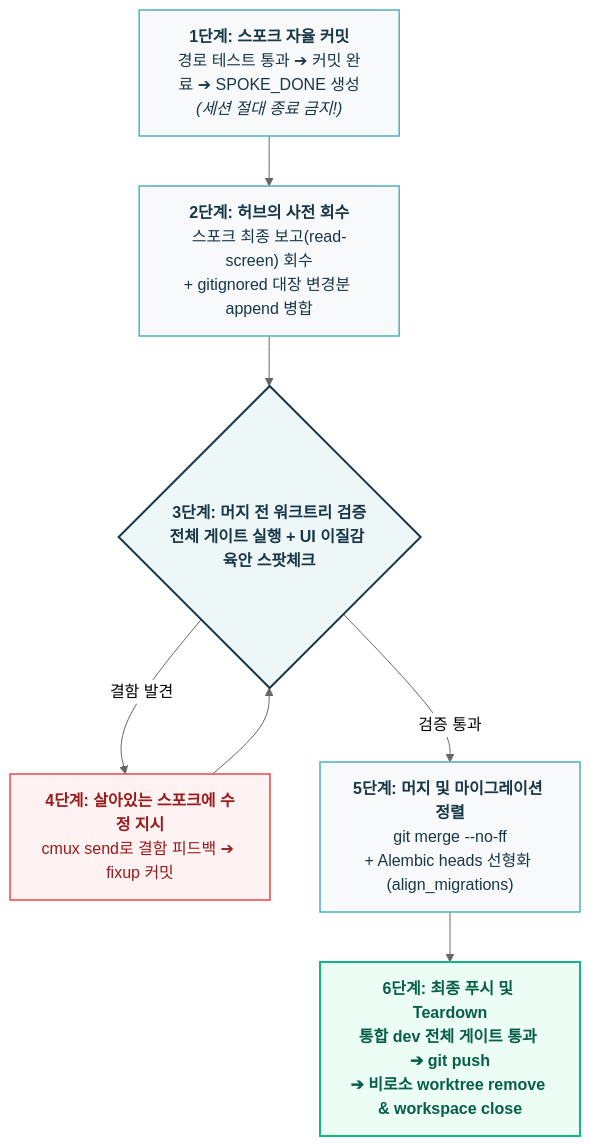
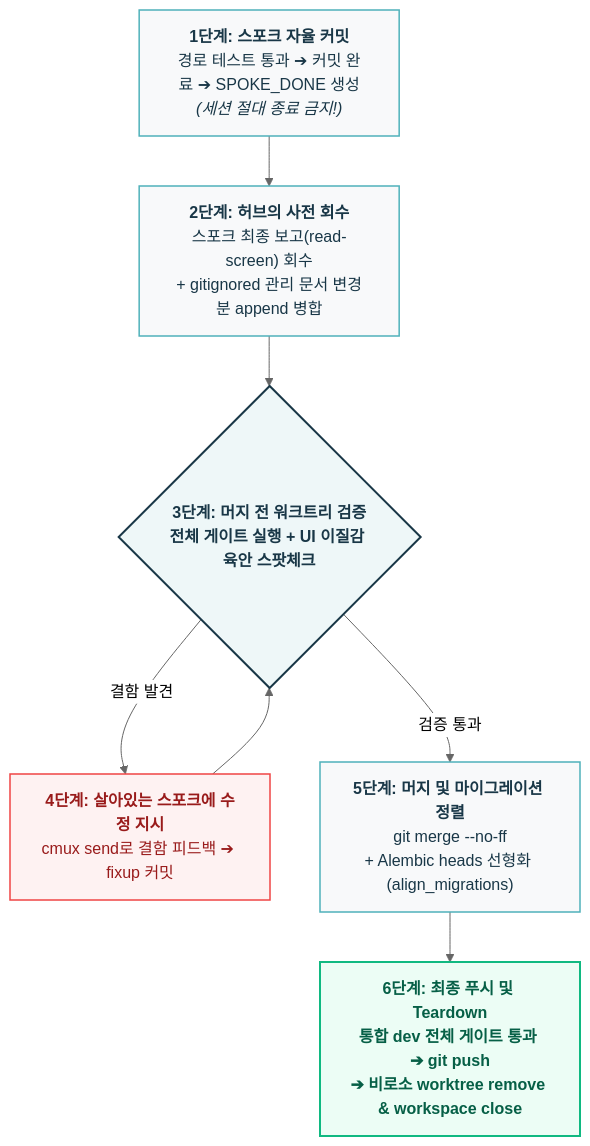
The fourth of 4 diagrams in _posts/tech/ai-agent-architecture/5 같은 브랜치에서 에이전트끼리 사이좋게 코딩할 리가 없어.md (tomato-vault/tomato-vault.github.io), drawn with Mermaid (neutral theme) before and after one commit. The commit also changed other lines of this file and 24 other files, not shown here.

````diff
--- a/_posts/tech/ai-agent-architecture/5 같은 브랜치에서 에이전트끼리 사이좋게 코딩할 리가 없어.md
+++ b/_posts/tech/ai-agent-architecture/5 같은 브랜치에서 에이전트끼리 사이좋게 코딩할 리가 없어.md
@@ -296,18 +249,18 @@
 ```mermaid
 flowchart TD
     classDef step fill:#f8f9fa,stroke:#4fb1ba,stroke-width:1.5px,color:#193747
     classDef check fill:#eef7f8,stroke:#193747,stroke-width:2px,color:#193747,font-weight:bold
     classDef fix fill:#fef2f2,stroke:#ef4444,stroke-width:1.5px,color:#991b1b
     classDef done fill:#ecfdf5,stroke:#10b981,stroke-width:2px,color:#065f46,font-weight:bold
 
     S1["<b>1단계: 스포크 자율 커밋</b><br/>경로 테스트 통과 ➔ 커밋 완료 ➔ SPOKE_DONE 생성<br/><i>(세션 절대 종료 금지!)</i>"]:::step
-    S2["<b>2단계: 허브의 사전 회수</b><br/>스포크 최종 보고(read-screen) 회수<br/>+ gitignored 대장 변경분 append 병합"]:::step
+    S2["<b>2단계: 허브의 사전 회수</b><br/>스포크 최종 보고(read-screen) 회수<br/>+ gitignored 관리 문서 변경분 append 병합"]:::step
     S3{"<b>3단계: 머지 전 워크트리 검증</b><br/>전체 게이트 실행 + UI 이질감 육안 스팟체크"}:::check
     S4["<b>4단계: 살아있는 스포크에 수정 지시</b><br/>cmux send로 결함 피드백 ➔ fixup 커밋"]:::fix
     S5["<b>5단계: 머지 및 마이그레이션 정렬</b><br/>git merge --no-ff<br/>+ Alembic heads 선형화 (align_migrations)"]:::step
     S6["<b>6단계: 최종 푸시 및 Teardown</b><br/>통합 dev 전체 게이트 통과 ➔ git push<br/>➔ 비로소 worktree remove & workspace close"]:::done
 
     S1 --> S2 --> S3
     S3 -->|"결함 발견"| S4 --> S3
     S3 -->|"검증 통과"| S5 --> S6
 ```
````
